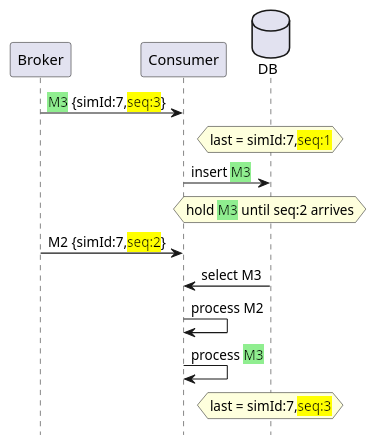
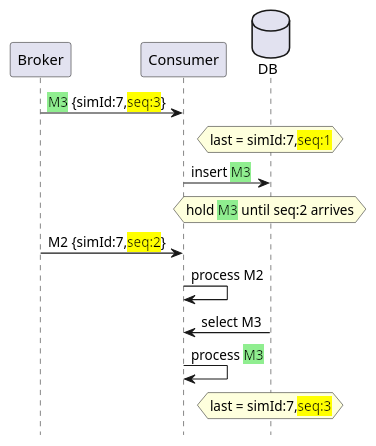
One commit to victorrentea/kafka changed the diagram in patterns/2_order_c_[fix]seq_no!!.puml. Above: the diagram before and after it, drawn with PlantUML. The commit also changed other lines of this file and 33 other files, not shown here.

```diff
--- a/patterns/2_order_c_[fix]seq_no!!.puml
+++ b/patterns/2_order_c_[fix]seq_no!!.puml
@@ -1,16 +1,16 @@
 @startuml
 'title Producer Race\nFix: Sequence Number
 hide footbox
 database DB order 10
 
 Broker->Consumer:<back:lightgreen>M3</back> {simId:7,<back:yellow>seq:3</back>}
 hnote over DB: last = simId:7,<back:yellow>seq:1</back>
 Consumer->DB: insert <back:lightgreen>M3</back>
 hnote over DB: hold <back:lightgreen>M3</back> until seq:2 arrives
 Broker->Consumer:M2 {simId:7,<back:yellow>seq:2</back>}
+Consumer->Consumer: process M2
 Consumer<-DB: select M3
-Consumer->Consumer: process M2
 Consumer->Consumer: process <back:lightgreen>M3</back>
 hnote over DB: last = simId:7,<back:yellow>seq:3</back>
 
 @enduml
```
